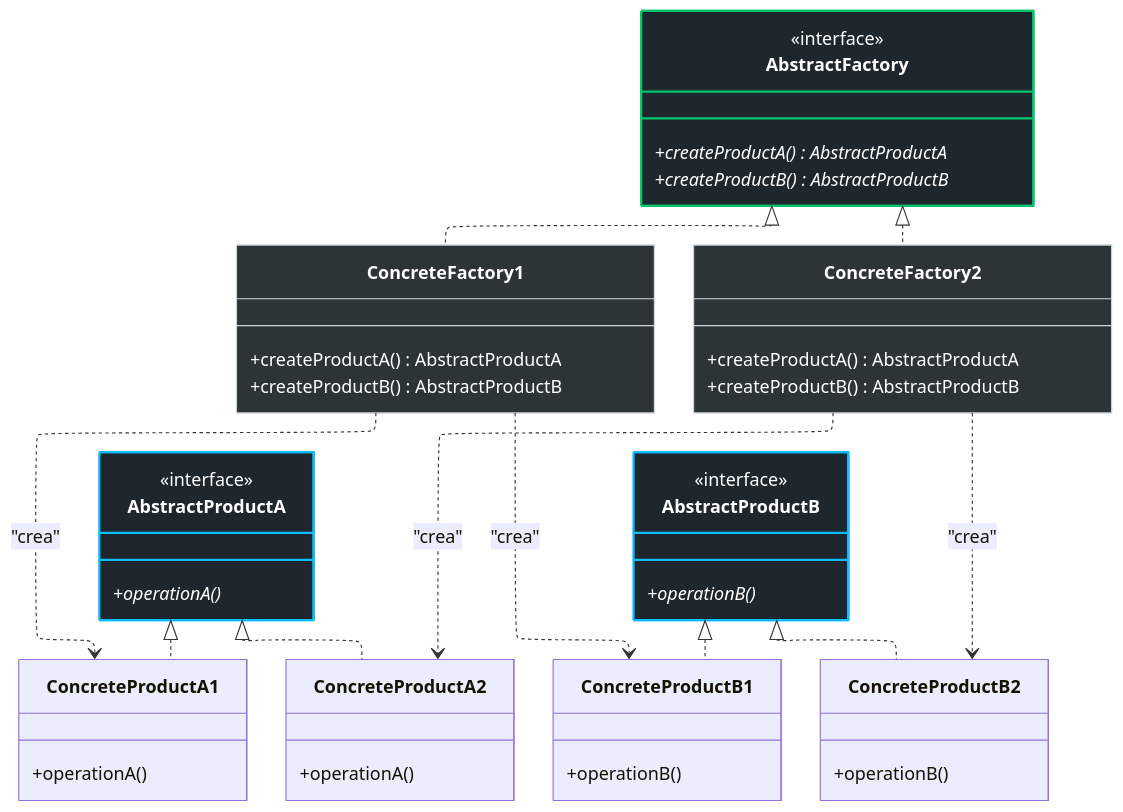
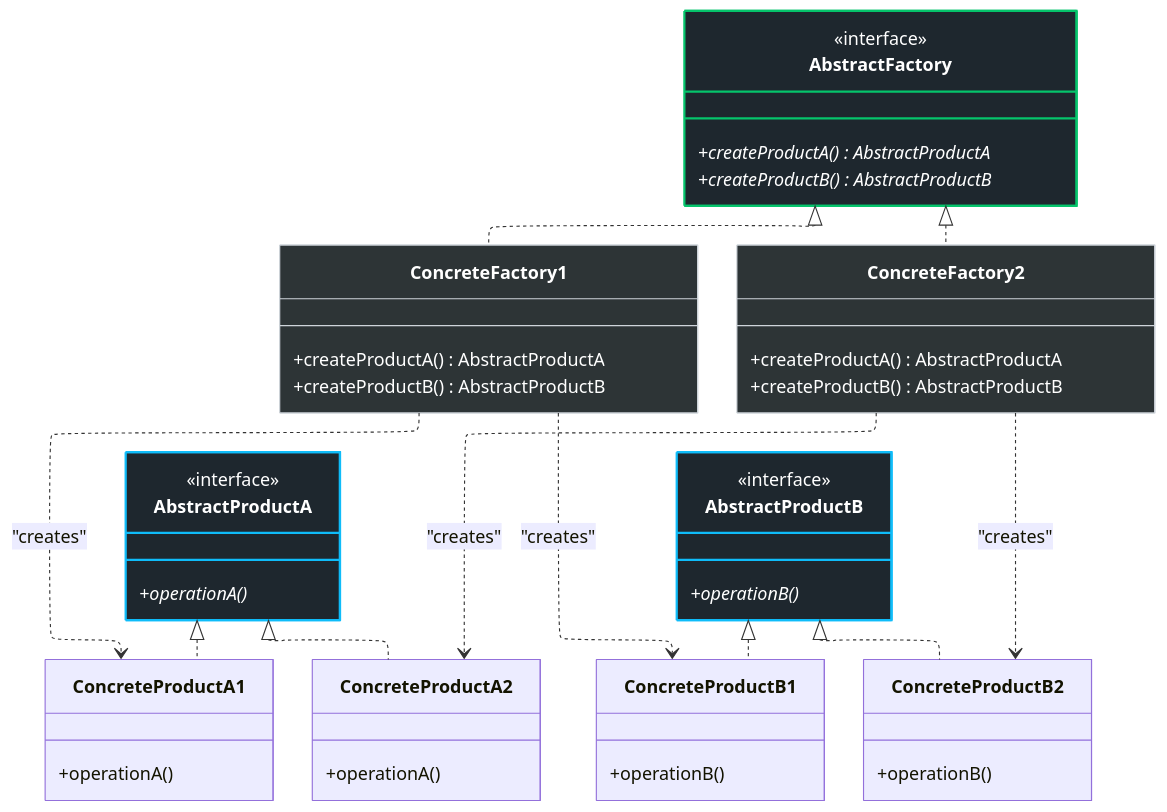
Before and after one commit to lucadileo9/design-pattern: the first of 3 diagrams in 01_creational/abstract-factory/README.md, drawn with Mermaid. The commit also changed other lines of this file and 43 other files, not shown here.

````diff
--- a/01_creational/abstract-factory/README.md
+++ b/01_creational/abstract-factory/README.md
@@ -39,70 +39,70 @@
 ```mermaid
 %%{init: {"layout": "elk"}}%%
 classDiagram
     direction TB
 
     %% --- GERARCHIA PRODOTTI A ---
     class AbstractProductA {
         <<interface>>
         +operationA()*
     }
     class ConcreteProductA1 {
         +operationA()
     }
     class ConcreteProductA2 {
         +operationA()
     }
 
     %% --- GERARCHIA PRODOTTI B ---
     class AbstractProductB {
         <<interface>>
         +operationB()*
     }
     class ConcreteProductB1 {
         +operationB()
     }
     class ConcreteProductB2 {
         +operationB()
     }
 
     %% --- GERARCHIA FACTORY ---
     class AbstractFactory {
         <<interface>>
         +createProductA()* AbstractProductA
         +createProductB()* AbstractProductB
     }
 
     class ConcreteFactory1 {
         +createProductA() AbstractProductA
         +createProductB() AbstractProductB
     }
 
     class ConcreteFactory2 {
         +createProductA() AbstractProductA
         +createProductB() AbstractProductB
     }
 
     %% Relazioni Prodotti
     AbstractProductA <|.. ConcreteProductA1
     AbstractProductA <|.. ConcreteProductA2
     AbstractProductB <|.. ConcreteProductB1
     AbstractProductB <|.. ConcreteProductB2
 
     %% Relazioni Factory
     AbstractFactory <|.. ConcreteFactory1
     AbstractFactory <|.. ConcreteFactory2
 
     %% Relazioni di Creazione (DIPENDENZE)
-    ConcreteFactory1 ..> ConcreteProductA1 : "crea"
-    ConcreteFactory1 ..> ConcreteProductB1 : "crea"
-    ConcreteFactory2 ..> ConcreteProductA2 : "crea"
-    ConcreteFactory2 ..> ConcreteProductB2 : "crea"
+    ConcreteFactory1 ..> ConcreteProductA1 : "creates"
+    ConcreteFactory1 ..> ConcreteProductB1 : "creates"
+    ConcreteFactory2 ..> ConcreteProductA2 : "creates"
+    ConcreteFactory2 ..> ConcreteProductB2 : "creates"
 
     %% Styling
     style AbstractFactory fill:#1e272e,stroke:#05c46b,stroke-width:2px,color:#fff
     style AbstractProductA fill:#1e272e,stroke:#0fbcf9,stroke-width:2px,color:#fff
     style AbstractProductB fill:#1e272e,stroke:#0fbcf9,stroke-width:2px,color:#fff
     
     style ConcreteFactory1 fill:#2d3436,stroke:#ced4da,color:#fff
     style ConcreteFactory2 fill:#2d3436,stroke:#ced4da,color:#fff
 ```
````
